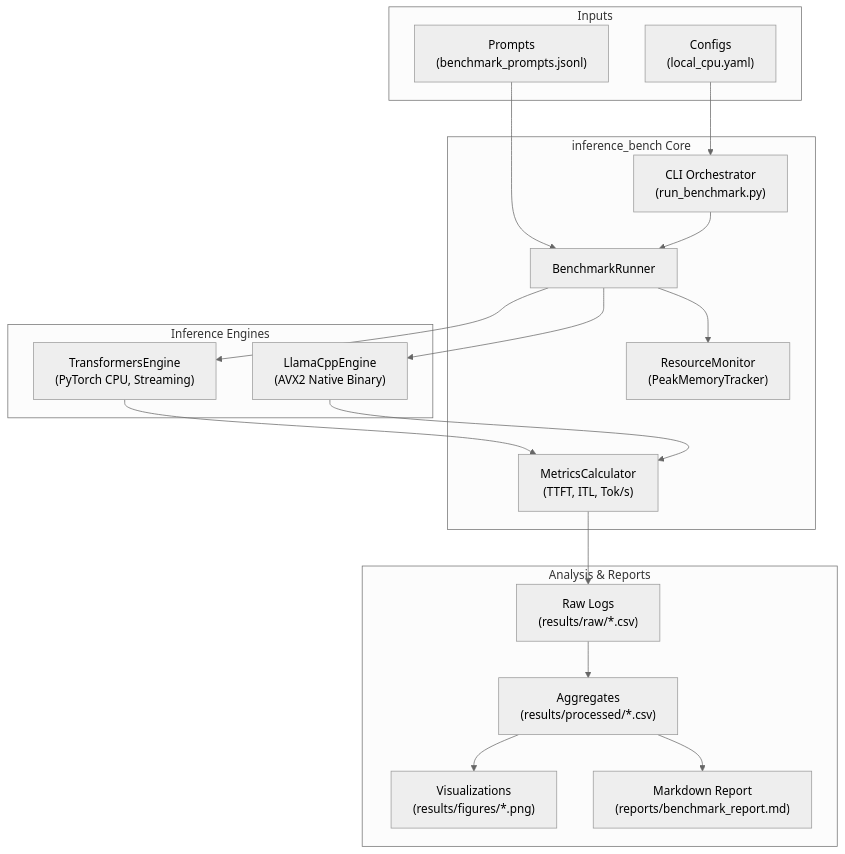
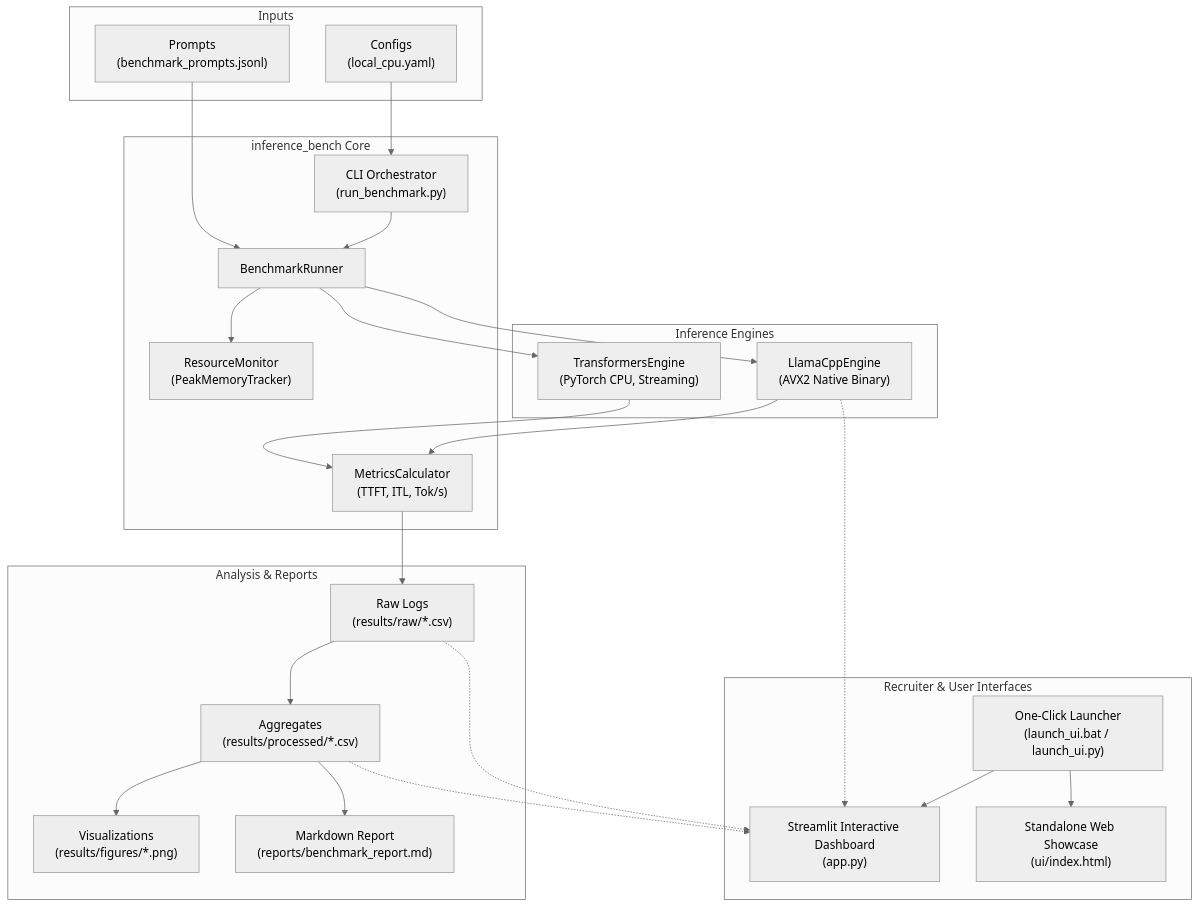
Before and after one commit to tayade-aniket/llm-inference-benchmark: the diagram in README.md, drawn with Mermaid (neutral theme). The commit also changed other lines of this file and 7 other files, not shown here.

````diff
--- a/README.md
+++ b/README.md
@@ -45,39 +76,51 @@
 ```mermaid
 flowchart TD
     subgraph Inputs
         CFG["Configs\n(local_cpu.yaml)"]
         PRM["Prompts\n(benchmark_prompts.jsonl)"]
     end
 
     subgraph Core ["inference_bench Core"]
         CLI["CLI Orchestrator\n(run_benchmark.py)"]
         BM["BenchmarkRunner"]
         RM["ResourceMonitor\n(PeakMemoryTracker)"]
         MET["MetricsCalculator\n(TTFT, ITL, Tok/s)"]
     end
 
     subgraph Engines ["Inference Engines"]
         HF["TransformersEngine\n(PyTorch CPU, Streaming)"]
         LLAMA["LlamaCppEngine\n(AVX2 Native Binary)"]
     end
 
     subgraph Outputs ["Analysis & Reports"]
         RAW["Raw Logs\n(results/raw/*.csv)"]
         PROC["Aggregates\n(results/processed/*.csv)"]
         FIGS["Visualizations\n(results/figures/*.png)"]
         REP["Markdown Report\n(reports/benchmark_report.md)"]
     end
 
+    subgraph UI ["Recruiter & User Interfaces"]
+        ST["Streamlit Interactive Dashboard\n(app.py)"]
+        WEB["Standalone Web Showcase\n(ui/index.html)"]
+        LAUNCH["One-Click Launcher\n(launch_ui.bat / launch_ui.py)"]
+    end
+
     CFG --> CLI
     PRM --> BM
     CLI --> BM
     BM --> RM
     BM --> HF
     BM --> LLAMA
     HF --> MET
     LLAMA --> MET
     MET --> RAW
     RAW --> PROC
     PROC --> FIGS
     PROC --> REP
+
+    PROC -.-> ST
+    RAW -.-> ST
+    LLAMA -.-> ST
+    LAUNCH --> ST
+    LAUNCH --> WEB
 ```
````
